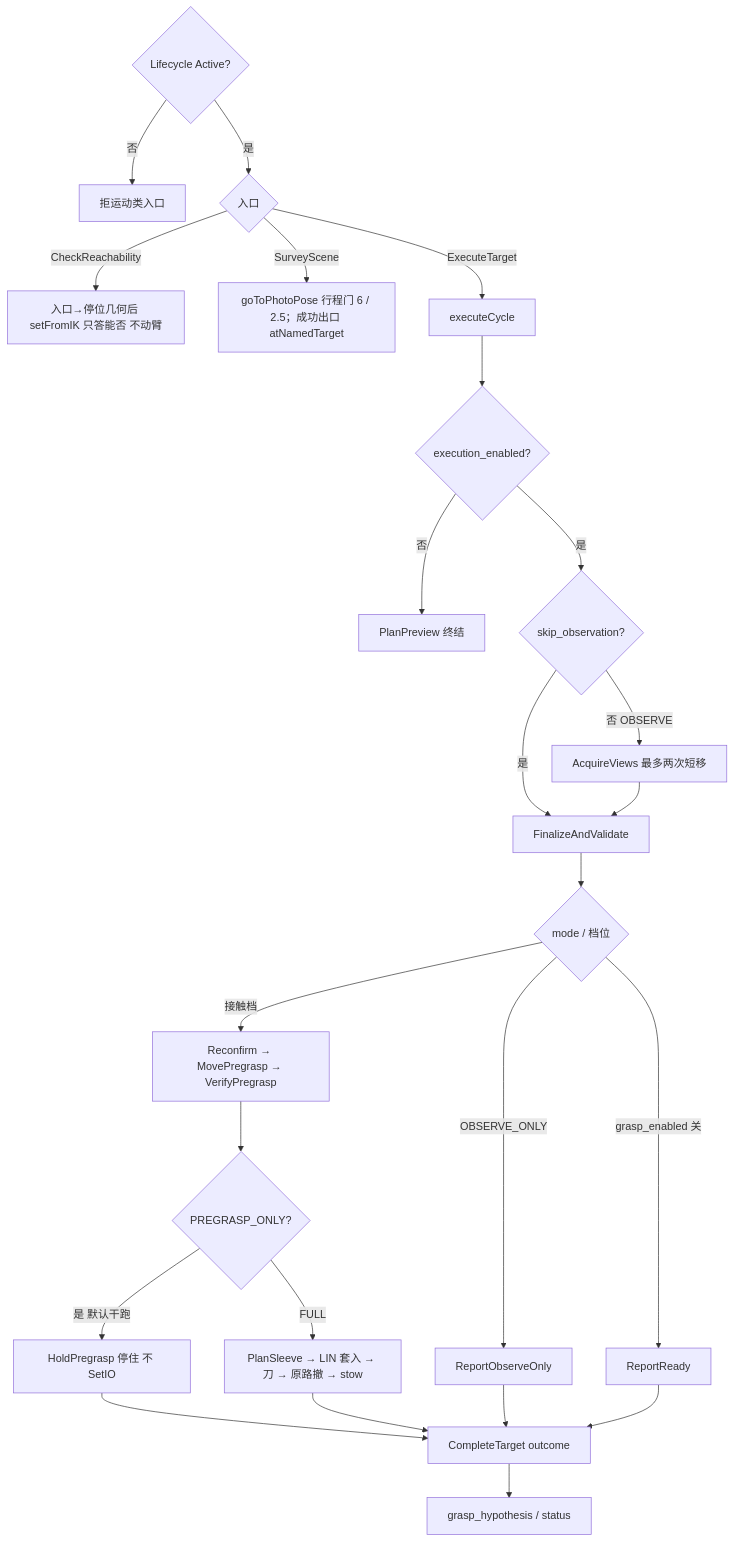
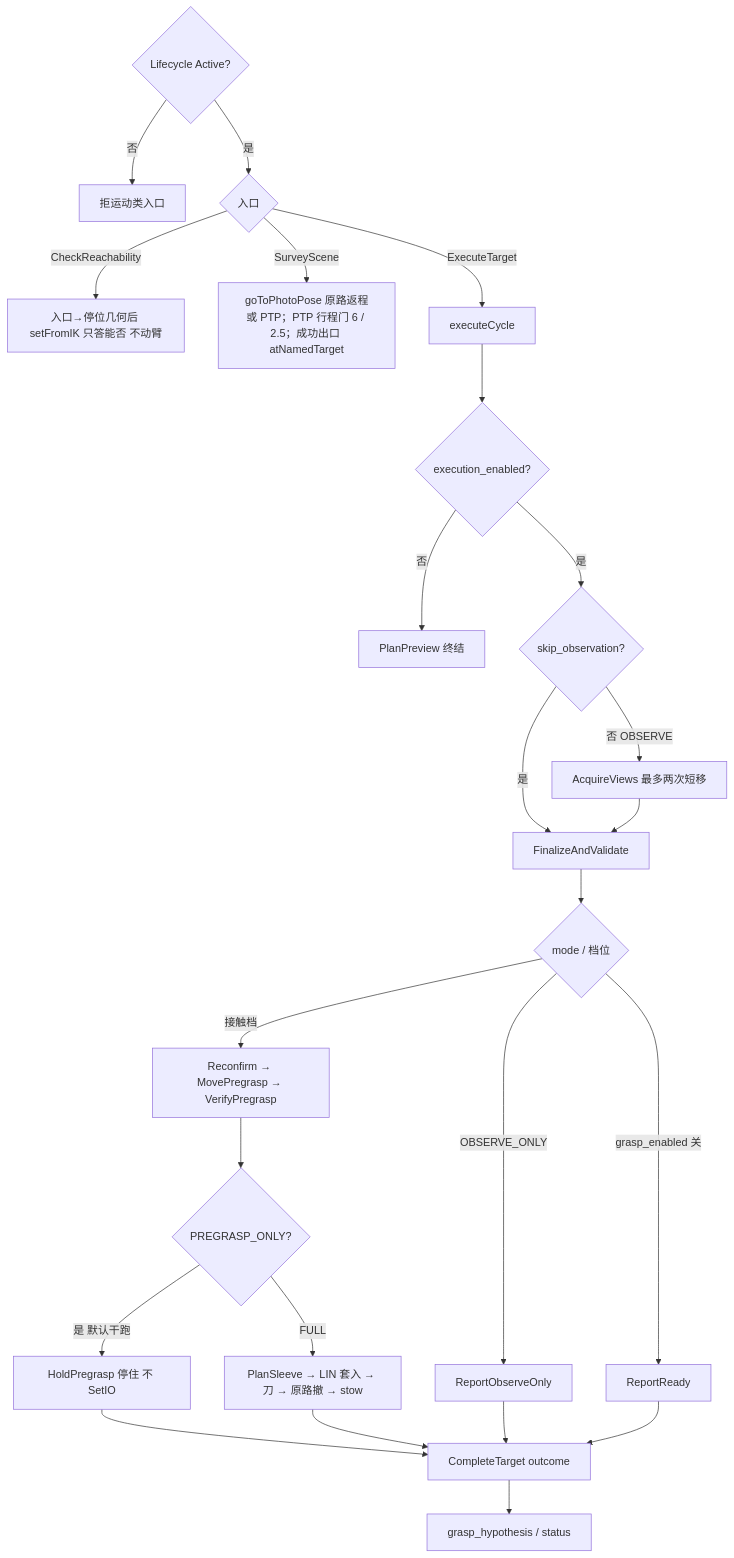
The sixth of 12 diagrams in docs/io.md (MUHAN11-c/aubo_boot), drawn with Mermaid before and after one commit. The commit also changed other lines of this file and 123 other files, not shown here.

````diff
--- a/docs/io.md
+++ b/docs/io.md
@@ -310,27 +310,27 @@
 ```mermaid
 flowchart TB
   act{"Lifecycle Active?"}
   act -->|否| idle["拒运动类入口"]
   act -->|是| src{"入口"}
   src -->|CheckReachability| ik["入口→停位几何后 setFromIK 只答能否 不动臂"]
-  src -->|SurveyScene| photo["goToPhotoPose 行程门 6 / 2.5；成功出口 atNamedTarget"]
+  src -->|SurveyScene| photo["goToPhotoPose 原路返程或 PTP；PTP 行程门 6 / 2.5；成功出口 atNamedTarget"]
   src -->|ExecuteTarget| cycle["executeCycle"]
   cycle --> en{"execution_enabled?"}
   en -->|否| preview["PlanPreview 终结"]
   en -->|是| skip{"skip_observation?"}
   skip -->|否 OBSERVE| views["AcquireViews 最多两次短移"]
   skip -->|是| fin["FinalizeAndValidate"]
   views --> fin
   fin --> mode{"mode / 档位"}
   mode -->|OBSERVE_ONLY| repO["ReportObserveOnly"]
   mode -->|grasp_enabled 关| repR["ReportReady"]
   mode -->|接触档| rec["Reconfirm → MovePregrasp → VerifyPregrasp"]
   rec --> pg{"PREGRASP_ONLY?"}
   pg -->|是 默认干跑| hold["HoldPregrasp 停住 不 SetIO"]
   pg -->|FULL| sleeve["PlanSleeve → LIN 套入 → 刀 → 原路撤 → stow"]
   hold --> done["CompleteTarget outcome"]
   sleeve --> done
   repO --> done
   repR --> done
   done --> hyp["grasp_hypothesis / status"]
 ```
````
